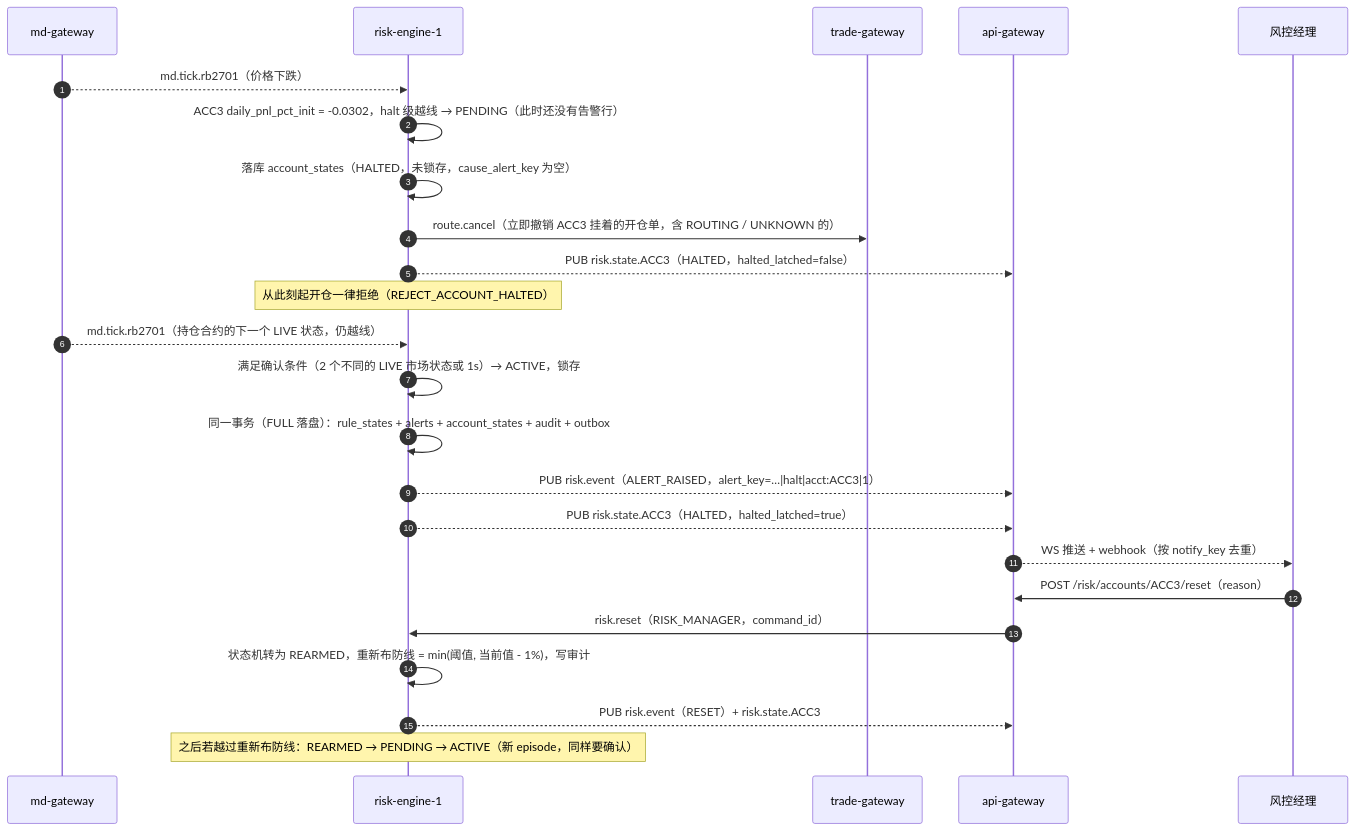
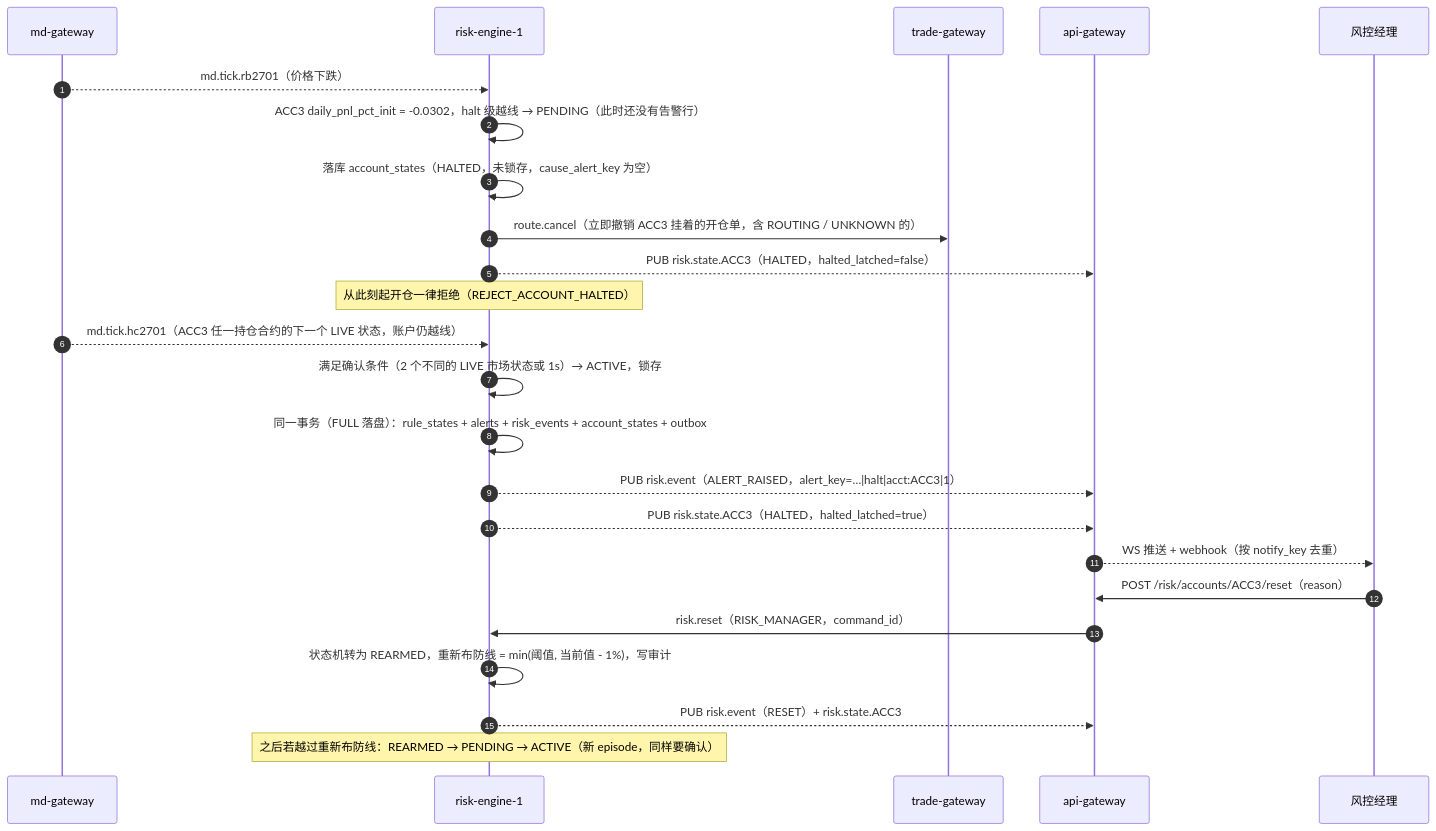
One commit to tom-xue-dev/futrisk changed the seventh of 17 diagrams in docs/01-architecture.md. Above: the diagram before and after it, drawn with Mermaid. The commit also changed other lines of this file and 31 other files, not shown here.

First line of the commit message:
文档：按代码重建 docs 为 v1.0，全量验证并重拍截图

````diff
--- a/docs/01-architecture.md
+++ b/docs/01-architecture.md
@@ -485,26 +510,26 @@
 ```mermaid
 sequenceDiagram
     autonumber
     participant MD as md-gateway
     participant RE as risk-engine-1
     participant TG as trade-gateway
     participant API as api-gateway
     participant RM as 风控经理
     MD-->>RE: md.tick.rb2701（价格下跌）
     RE->>RE: ACC3 daily_pnl_pct_init = -0.0302，halt 级越线 → PENDING（此时还没有告警行）
     RE->>RE: 落库 account_states（HALTED，未锁存，cause_alert_key 为空）
     RE->>TG: route.cancel（立即撤销 ACC3 挂着的开仓单，含 ROUTING / UNKNOWN 的）
     RE-->>API: PUB risk.state.ACC3（HALTED，halted_latched=false）
     Note over RE: 从此刻起开仓一律拒绝（REJECT_ACCOUNT_HALTED）
-    MD-->>RE: md.tick.rb2701（持仓合约的下一个 LIVE 状态，仍越线）
+    MD-->>RE: md.tick.hc2701（ACC3 任一持仓合约的下一个 LIVE 状态，账户仍越线）
     RE->>RE: 满足确认条件（2 个不同的 LIVE 市场状态或 1s）→ ACTIVE，锁存
-    RE->>RE: 同一事务（FULL 落盘）：rule_states + alerts + account_states + audit + outbox
+    RE->>RE: 同一事务（FULL 落盘）：rule_states + alerts + risk_events + account_states + outbox
     RE-->>API: PUB risk.event（ALERT_RAISED，alert_key=…|halt|acct:ACC3|1）
     RE-->>API: PUB risk.state.ACC3（HALTED，halted_latched=true）
     API-->>RM: WS 推送 + webhook（按 notify_key 去重）
     RM->>API: POST /risk/accounts/ACC3/reset（reason）
     API->>RE: risk.reset（RISK_MANAGER，command_id）
     RE->>RE: 状态机转为 REARMED，重新布防线 = min(阈值, 当前值 - 1%)，写审计
     RE-->>API: PUB risk.event（RESET）+ risk.state.ACC3
     Note over RE: 之后若越过重新布防线：REARMED → PENDING → ACTIVE（新 episode，同样要确认）
 ```
````
